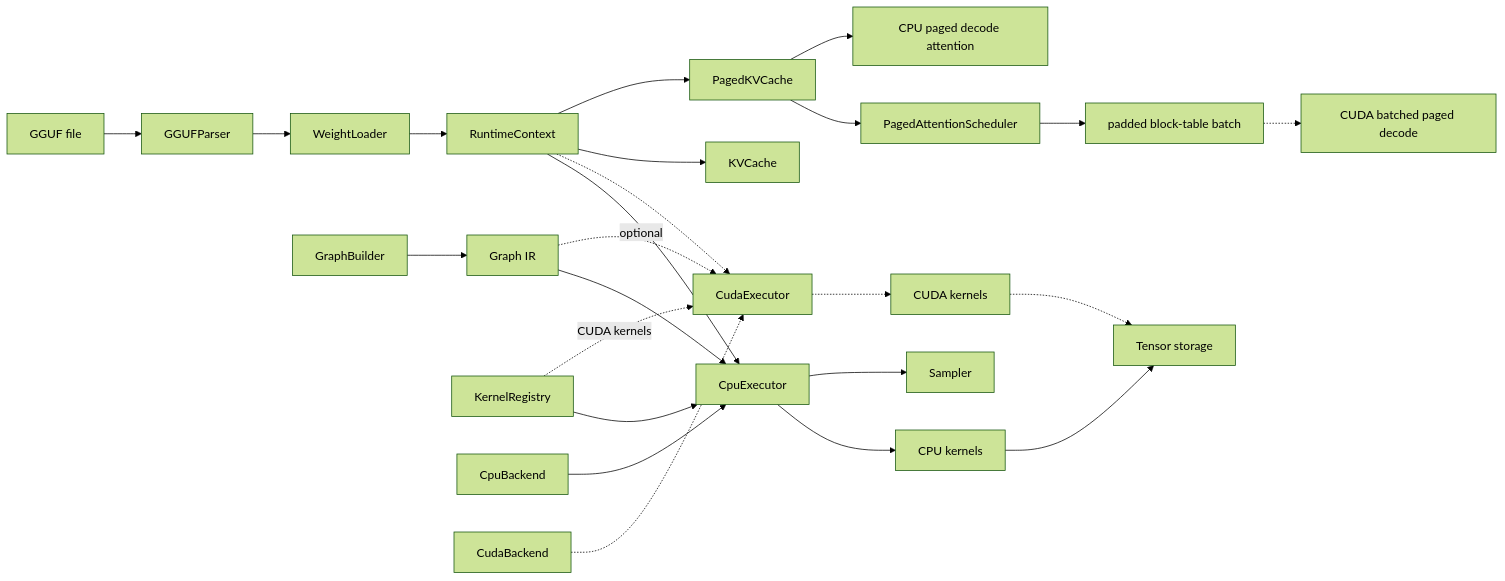
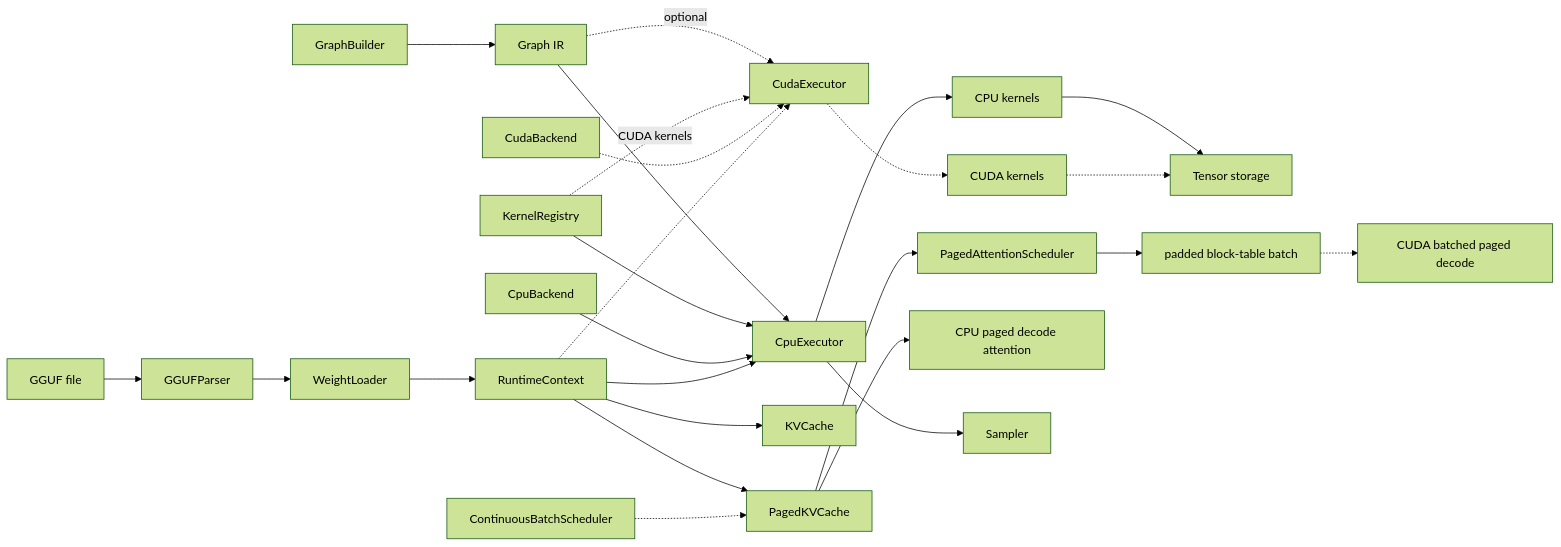
One commit to plutoaac/llmengine changed the diagram in README.md. Above: the diagram before and after it, drawn with Mermaid (forest theme). The commit also changed other lines of this file and 20 other files, not shown here.

Commit message:
Fix paged decode write position and scheduler tests

````diff
--- a/README.md
+++ b/README.md
@@ -22,28 +22,29 @@
 ```mermaid
 flowchart LR
     GGUF["GGUF file"] --> Parser["GGUFParser"]
     Parser --> Loader["WeightLoader"]
     Loader --> Context["RuntimeContext"]
 
     Builder["GraphBuilder"] --> Graph["Graph IR"]
     Graph --> Executor["CpuExecutor"]
     Graph -. "optional" .-> CudaExecutor["CudaExecutor"]
     Registry["KernelRegistry"] --> Executor
     Registry -. "CUDA kernels" .-> CudaExecutor
     Backend["CpuBackend"] --> Executor
     CudaBackend["CudaBackend"] -.-> CudaExecutor
     Context --> Executor
     Context -.-> CudaExecutor
 
     Executor --> Kernels["CPU kernels"]
     CudaExecutor -.-> CudaKernels["CUDA kernels"]
     Context --> KV["KVCache"]
     Context --> PagedKV["PagedKVCache"]
-    PagedKV --> Scheduler["PagedAttentionScheduler"]
+    PagedKV --> PagedScheduler["PagedAttentionScheduler"]
     Kernels --> Tensor["Tensor storage"]
     PagedKV --> PagedAttn["CPU paged decode attention"]
-    Scheduler --> PagedBatch["padded block-table batch"]
+    PagedScheduler --> PagedBatch["padded block-table batch"]
     PagedBatch -.-> CudaPaged["CUDA batched paged decode"]
     CudaKernels -.-> Tensor
     Executor --> Sampler["Sampler"]
+    ContinuousScheduler["ContinuousBatchScheduler"] -.-> PagedKV
 ```
````
